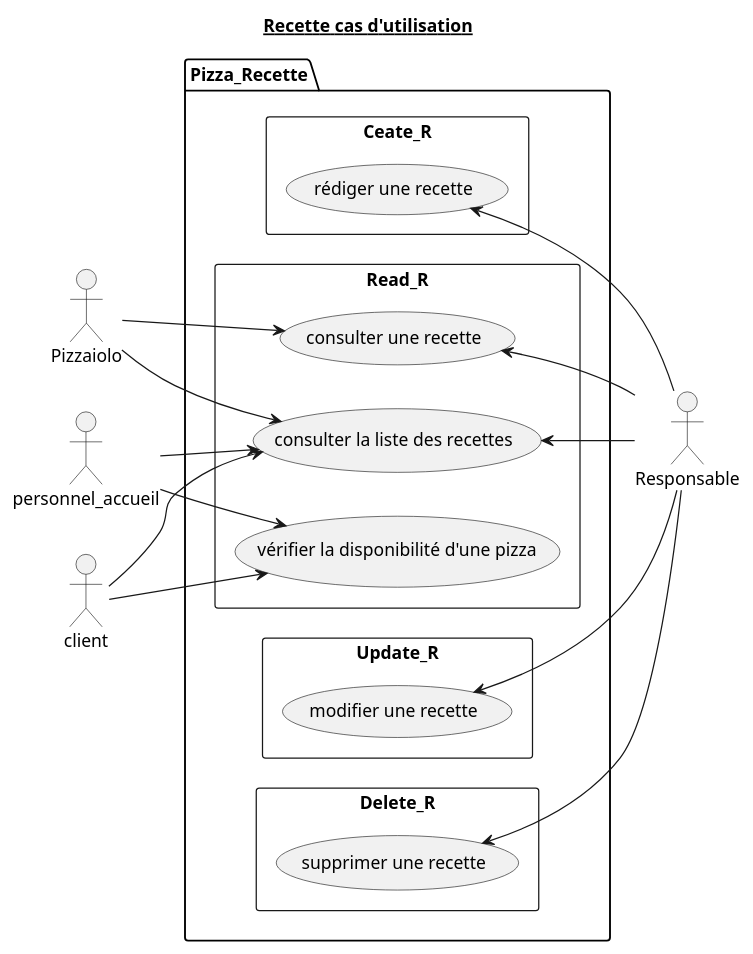
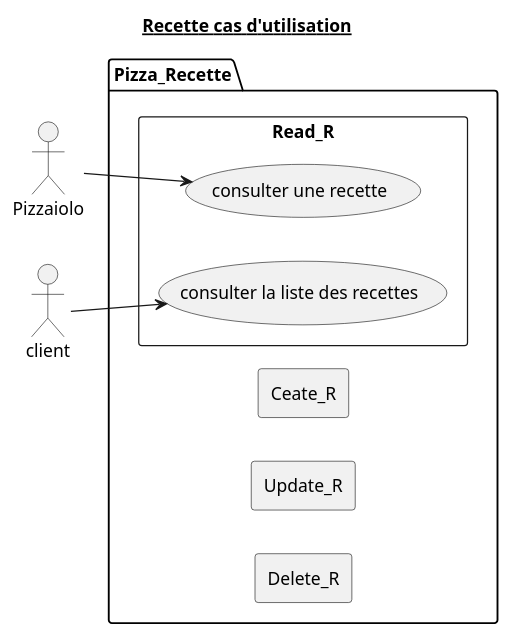
Before and after one commit to Zepmanbc/oc_dapython_pr4: the diagram in doc/uml/2_Recette_UseCaseDiagram.puml, drawn with PlantUML. The commit also changed 21 other files, not shown here.

```diff
--- a/doc/uml/2_Recette_UseCaseDiagram.puml
+++ b/doc/uml/2_Recette_UseCaseDiagram.puml
@@ -1,42 +1,28 @@
 @startuml 2_Recette_UseCaseDiagram
 
 title <u>Recette cas d'utilisation</u>
 
 left to right direction
 
-actor Responsable as RESP
 actor Pizzaiolo as PIZLO
-actor personnel_accueil as ACCUEIL
 actor client as CUSTOMER
 
 ' RECETTE
 package Pizza_Recette {
     rectangle Ceate_R {
-        (rédiger une recette) AS CREATE_RECIPE
     }
     rectangle Read_R {
         (consulter la liste des recettes) AS LIST_RECIPE
         (consulter une recette) AS SHOW_RECIPE
-        (vérifier la disponibilité d'une pizza) AS AVAIL_RECIPE
     }
     rectangle Update_R {
-        (modifier une recette) AS MODIFY_RECIPE
     }
     rectangle Delete_R {
-        (supprimer une recette) AS DEL_RECIPE
     }
 }
 
-RESP -u-> CREATE_RECIPE
-RESP -u-> SHOW_RECIPE
-RESP -u-> LIST_RECIPE
-RESP -u-> MODIFY_RECIPE
-RESP --> DEL_RECIPE
-PIZLO --> LIST_RECIPE
-ACCUEIL --> LIST_RECIPE
-ACCUEIL --> AVAIL_RECIPE
+
 CUSTOMER --> LIST_RECIPE
-CUSTOMER --> AVAIL_RECIPE
 PIZLO --> SHOW_RECIPE
 
 @enduml
```
